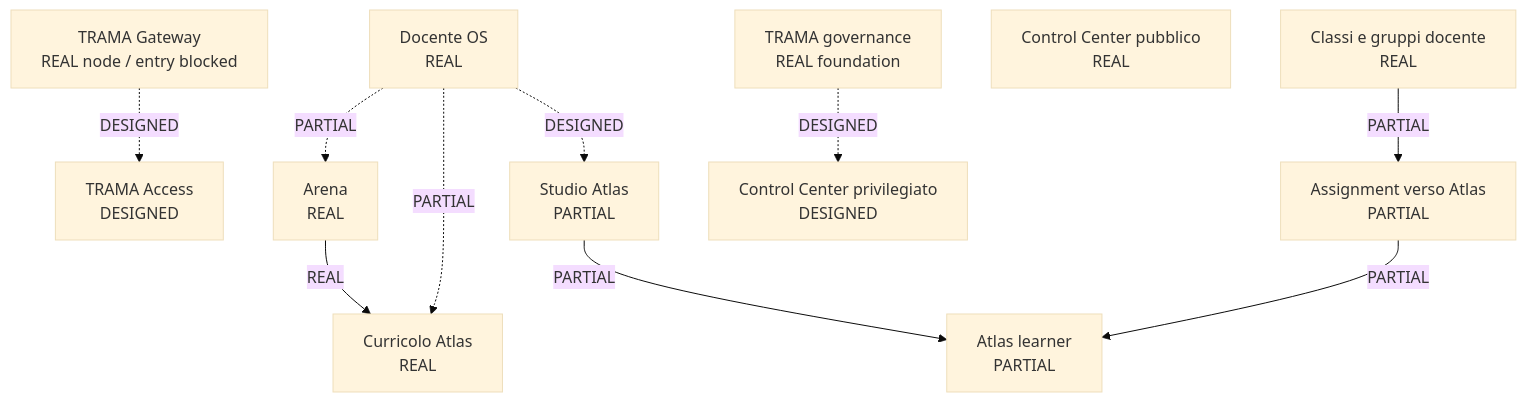
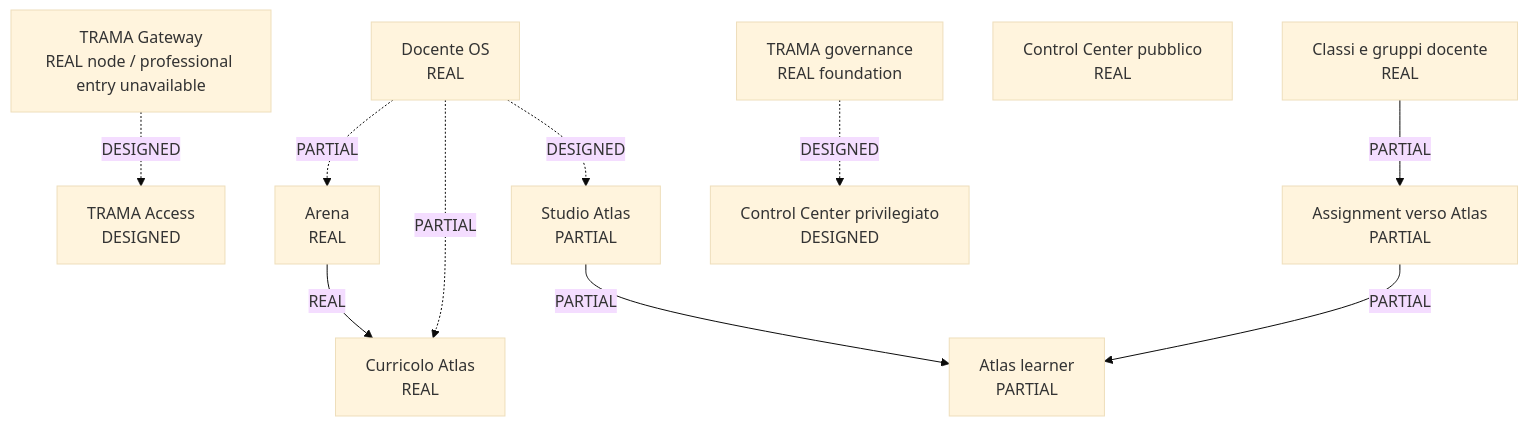
One commit to antoniocorsano-boop/trama-ecosistema changed the first of 2 diagrams in docs/evidence/access-01/trama-ecosystem-state-map-v0.2.md. Above: the diagram before and after it, drawn with Mermaid (base theme). The commit also changed other lines of this file, not shown here.

Commit message:
docs(access): fix ACCESS-01 evidence source path

````diff
--- a/docs/evidence/access-01/trama-ecosystem-state-map-v0.2.md
+++ b/docs/evidence/access-01/trama-ecosystem-state-map-v0.2.md
@@ -50,15 +50,15 @@
 ```mermaid
 flowchart TB
-  G[TRAMA Gateway\nREAL node / entry blocked] -. DESIGNED .-> A[TRAMA Access\nDESIGNED]
+  G[TRAMA Gateway\nREAL node / professional entry unavailable] -. DESIGNED .-> A[TRAMA Access\nDESIGNED]
   AR[Arena\nREAL] -->|REAL| CA[Curricolo Atlas\nREAL]
   DOS[Docente OS\nREAL] -. PARTIAL .-> CA
   DOS -. PARTIAL .-> AR
   DOS -. DESIGNED .-> SA[Studio Atlas\nPARTIAL]
   SA -->|PARTIAL| AL[Atlas learner\nPARTIAL]
   CG[Classi e gruppi docente\nREAL] -->|PARTIAL| ASG[Assignment verso Atlas\nPARTIAL]
   ASG -->|PARTIAL| AL
   CC[Control Center pubblico\nREAL]
   CCP[Control Center privilegiato\nDESIGNED]
   GOV[TRAMA governance\nREAL foundation]
   GOV -. DESIGNED .-> CCP
 ```
````
